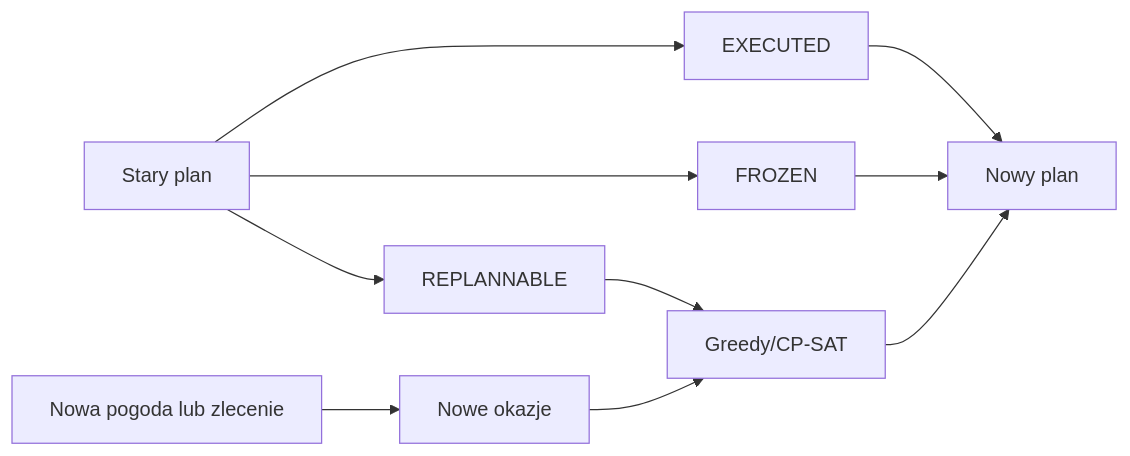
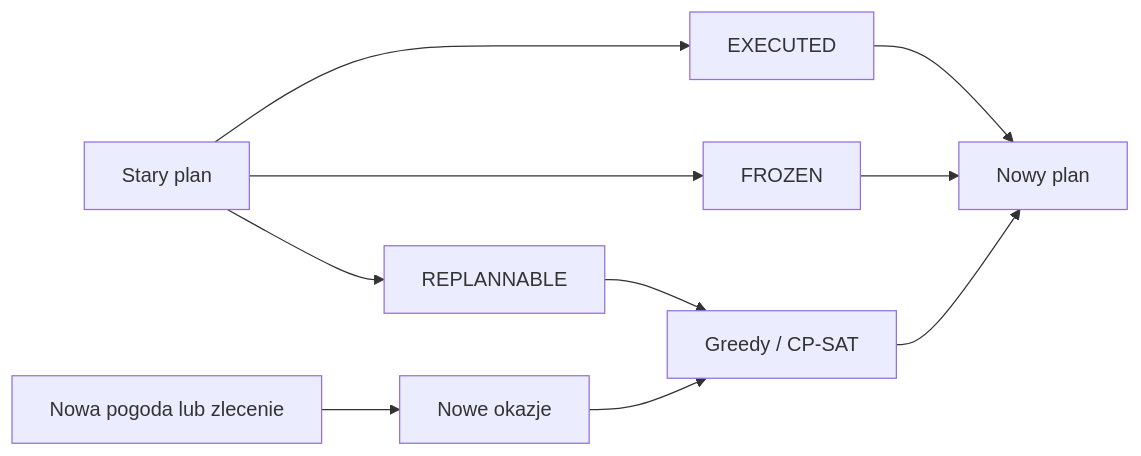
One commit to matigeoman/satellite-acquisition-planner changed the diagram in docs/planning_model.md. Above: the diagram before and after it, drawn with Mermaid. The commit also changed other lines of this file and 84 other files, not shown here.

````diff
--- a/docs/planning_model.md
+++ b/docs/planning_model.md
@@ -44,12 +66,12 @@
 ```mermaid
 flowchart LR
     A[Stary plan] --> B[EXECUTED]
     A --> C[FROZEN]
     A --> D[REPLANNABLE]
     E[Nowa pogoda lub zlecenie] --> F[Nowe okazje]
-    D --> G[Greedy/CP-SAT]
+    D --> G[Greedy / CP-SAT]
     F --> G
     B --> H[Nowy plan]
     C --> H
     G --> H
 ```
````
